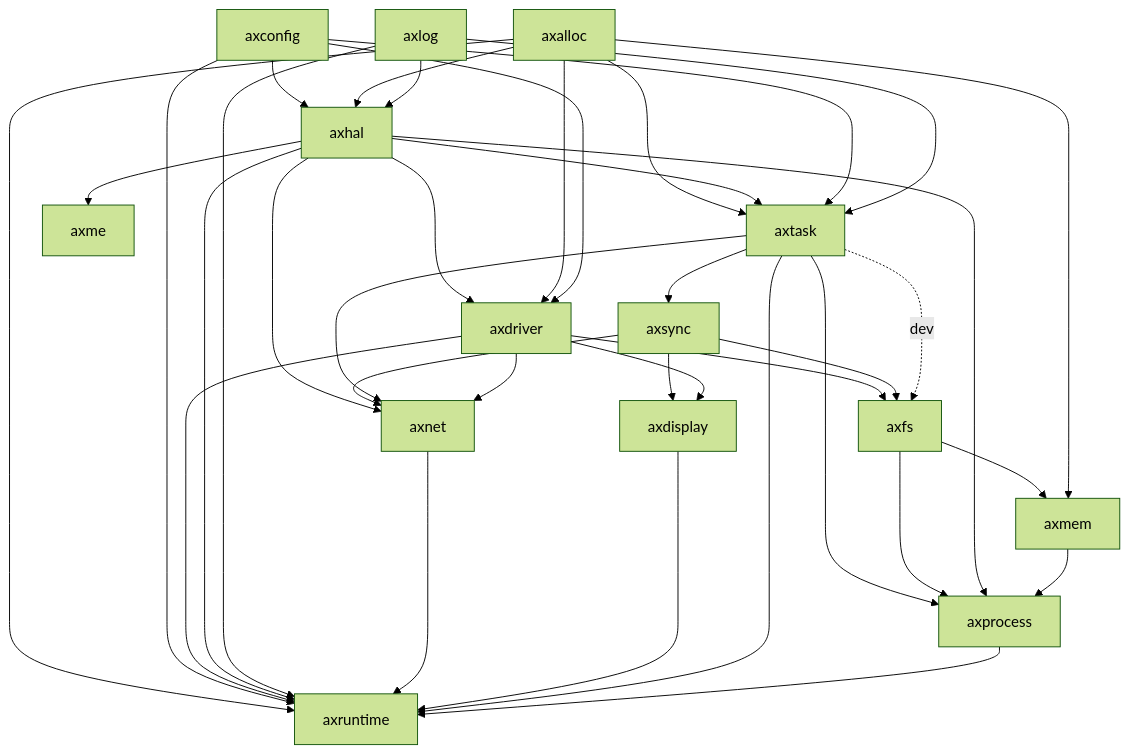
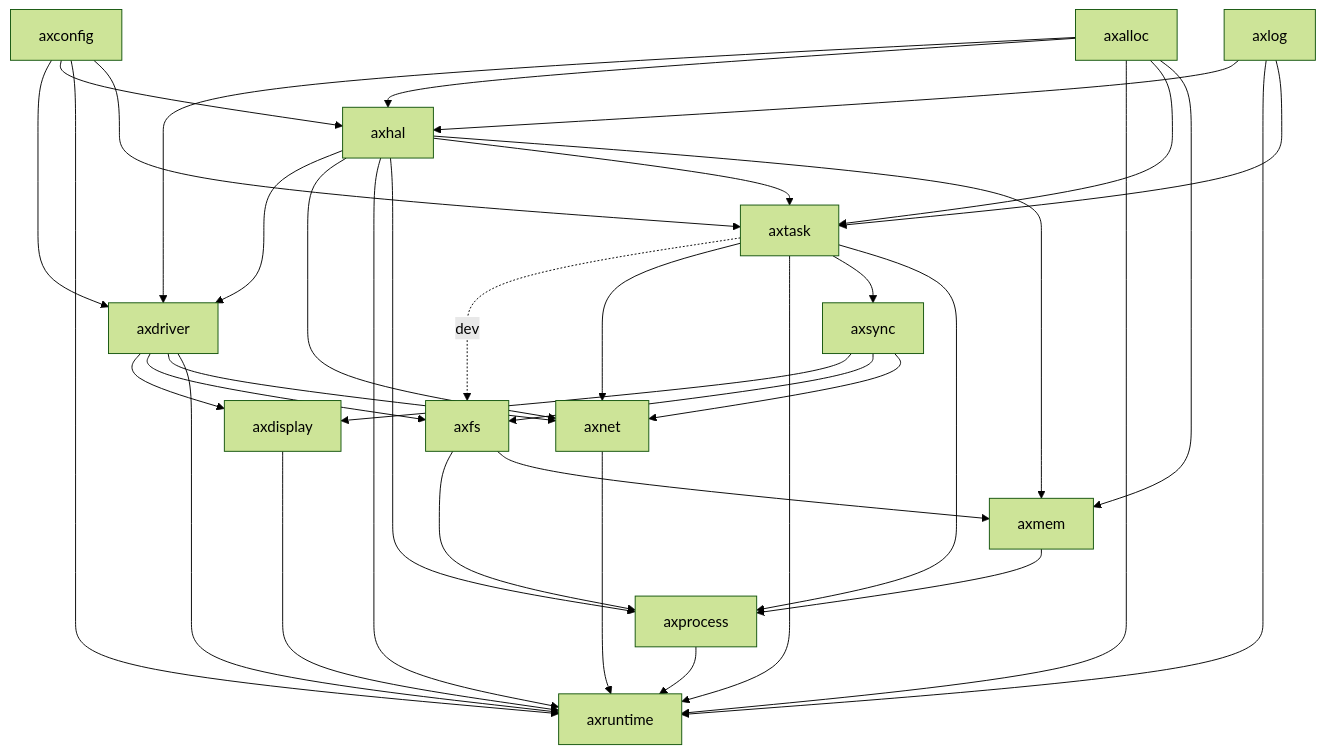
Before and after one commit to arceos-org/arceos: the diagram in README.md, drawn with Mermaid (forest theme). The commit also changed other lines of this file and 217 other files, not shown here.

````diff
--- a/README.md
+++ b/README.md
@@ -32,46 +34,46 @@
 ```mermaid
 graph TD;
 axsync-->axdisplay
 axdriver-->axdisplay
 
 axhal-->axdriver
 axalloc-->axdriver
 axconfig-->axdriver
 
 axdriver-->axfs
 axsync-->axfs
 axtask-.dev.->axfs
 
 axconfig-->axhal
 axalloc-->axhal
 axlog-->axhal
 
 axhal-->axnet
 axsync-->axnet
 axtask-->axnet
 axdriver-->axnet
 
 axalloc-->axruntime
 axconfig-->axruntime
 axdriver-->axruntime
 axhal-->axruntime
 axlog-->axruntime
 axnet-->axruntime
 axdisplay-->axruntime
 axtask-->axruntime
 axprocess-->axruntime
 axtask-->axsync
 axtask-->axprocess
 axfs-->axprocess
 axhal-->axprocess
 
 axalloc-->axtask
 axhal-->axtask
 axconfig-->axtask
 axlog-->axtask
 
 axfs-->axmem
 axalloc-->axmem
-axhal-->axme
+axhal-->axmem
 axmem-->axprocess
 ```
````
